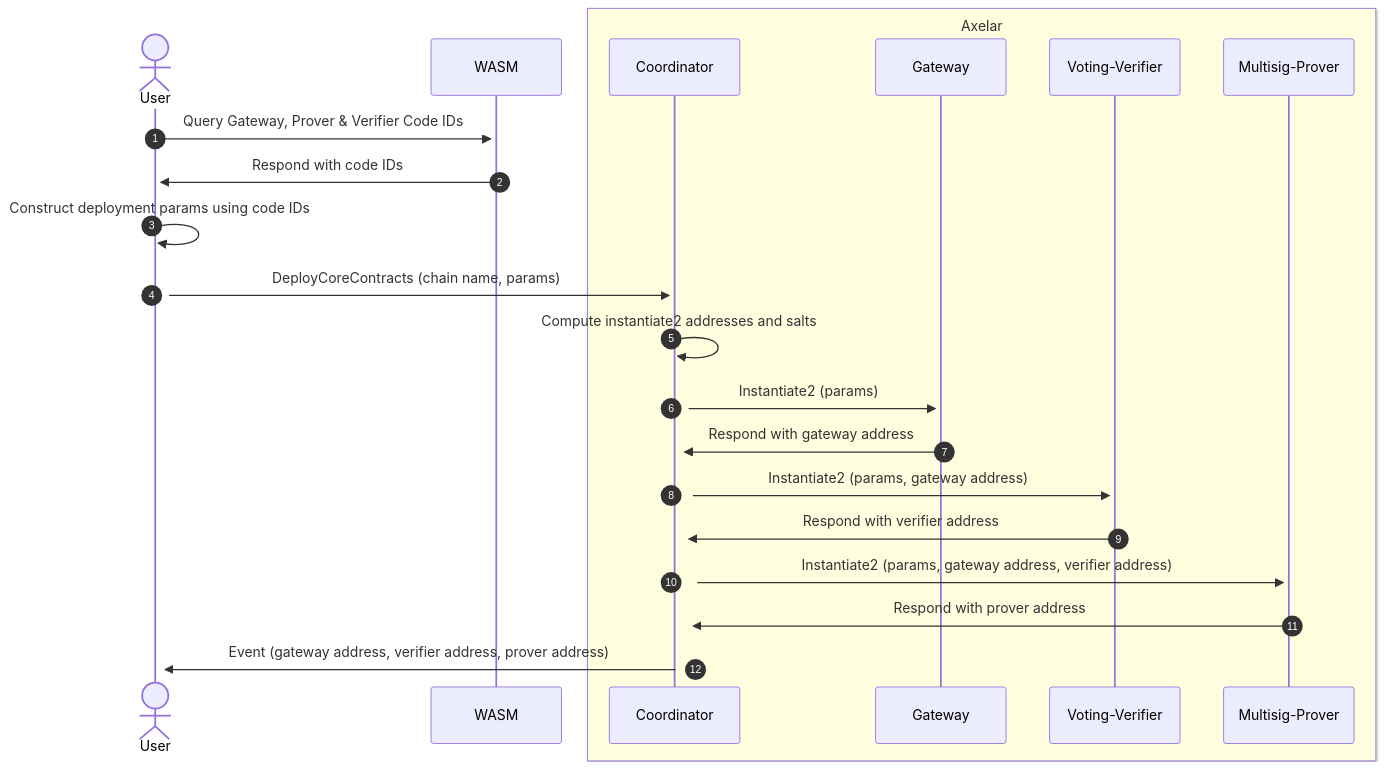
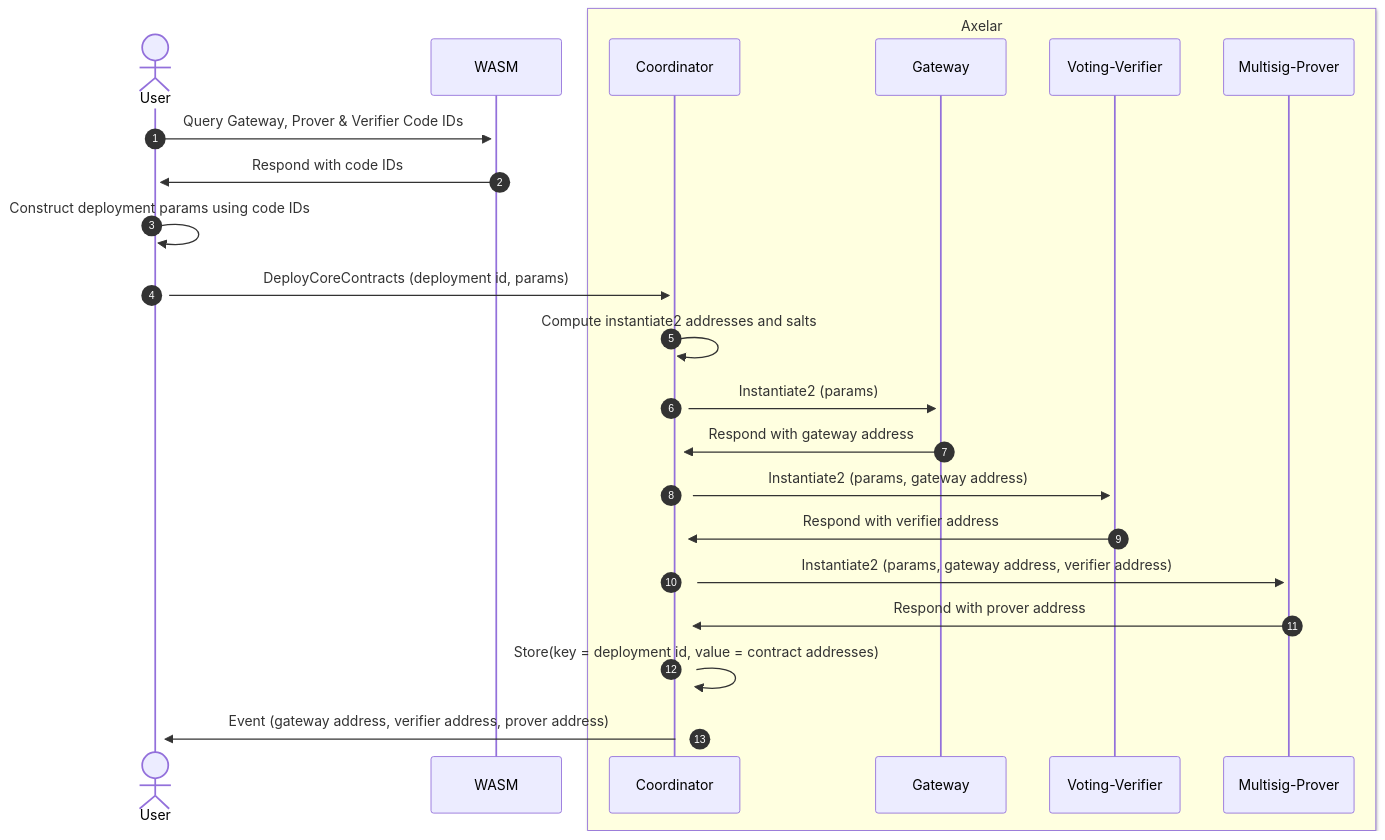
One commit to axelarnetwork/arcs changed the first of 2 diagrams in arc-8.md. Above: the diagram before and after it, drawn with Mermaid. The commit also changed other lines of this file, not shown here.

Commit message:
add pseudocode and chain registration design to arc-8

````diff
--- a/arc-8.md
+++ b/arc-8.md
@@ -53,25 +55,26 @@
 ```mermaid
 sequenceDiagram
 autonumber
 actor User
 participant WASM
 box LightYellow Axelar
 participant Coordinator
 participant Gateway
 participant Voting-Verifier
 participant Multisig-Prover
 end
 
 User->>+WASM: Query Gateway, Prover & Verifier Code IDs
 WASM->>+User: Respond with code IDs
 User->>+User: Construct deployment params using code IDs
-User->>+Coordinator: DeployCoreContracts (chain name, params)
+User->>+Coordinator: DeployCoreContracts (deployment id, params)
 Coordinator->>+Coordinator: Compute instantiate2 addresses and salts
 Coordinator->>+Gateway: Instantiate2 (params)
 Gateway->>+Coordinator: Respond with gateway address
 Coordinator->>+Voting-Verifier: Instantiate2 (params, gateway address)
 Voting-Verifier->>+Coordinator: Respond with verifier address
 Coordinator->>+Multisig-Prover: Instantiate2 (params, gateway address, verifier address)
 Multisig-Prover->>+Coordinator: Respond with prover address
+Coordinator->>+Coordinator: Store(key = deployment id, value = contract addresses)
 Coordinator->>+User: Event (gateway address, verifier address, prover address)
 ```
````
